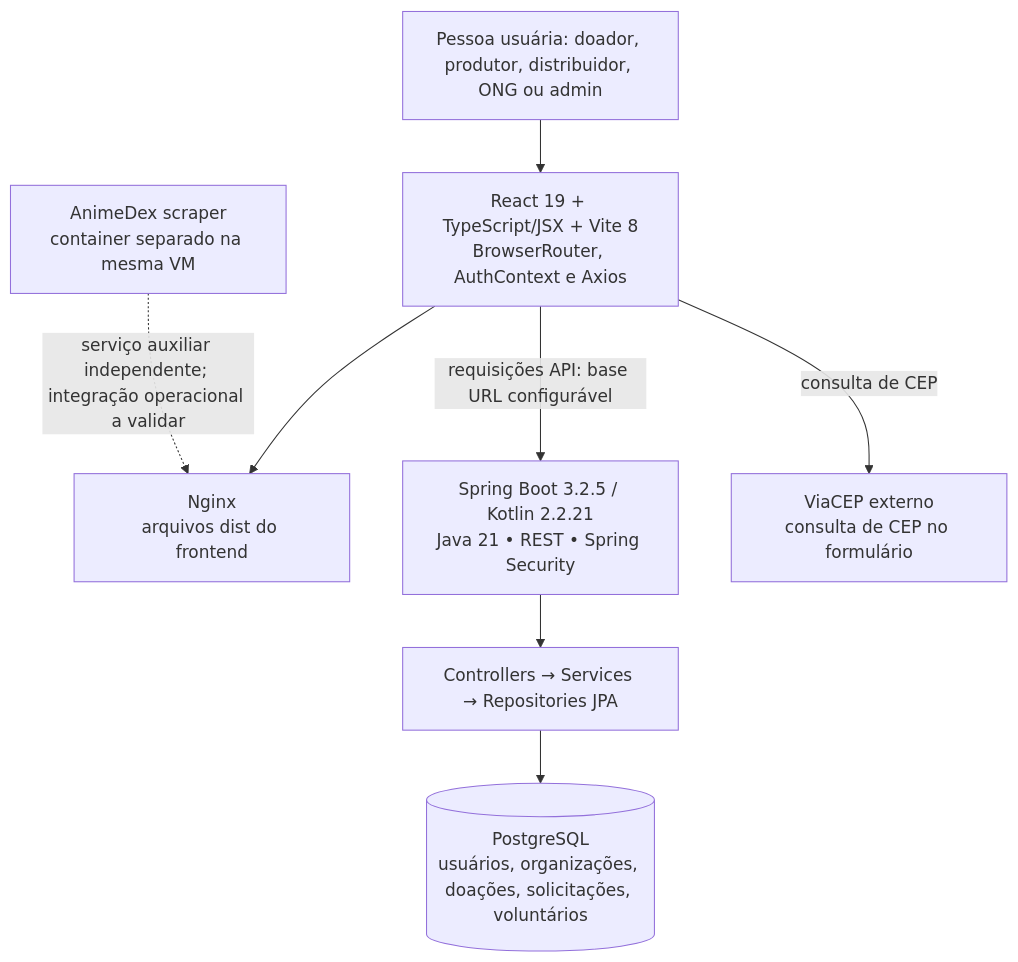
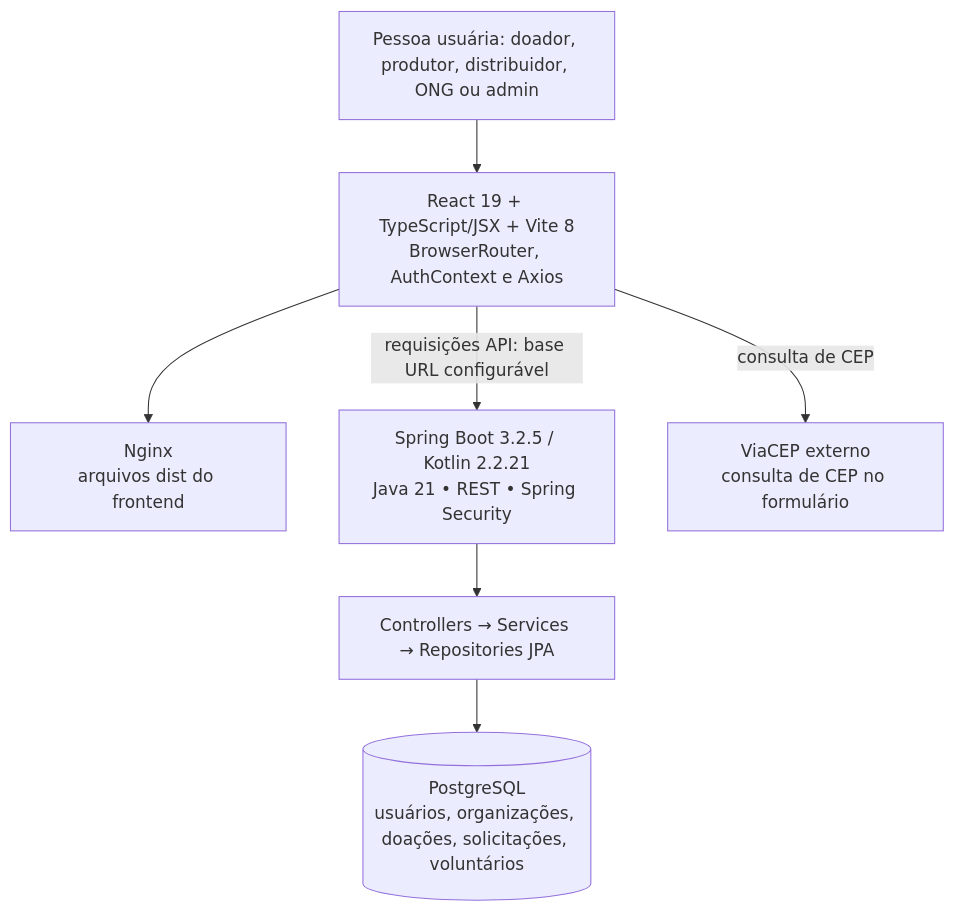
One commit to DanieldeAlmeida2024/FoodBridge-API-Kotlin changed the first of 6 diagrams in docs/ARQUITETURA_ATUAL.md. Above: the diagram before and after it, drawn with Mermaid. The commit also changed other lines of this file, not shown here.

````diff
--- a/docs/ARQUITETURA_ATUAL.md
+++ b/docs/ARQUITETURA_ATUAL.md
@@ -7,18 +11,16 @@
 ```mermaid
 flowchart TB
     U["Pessoa usuária: doador, produtor, distribuidor, ONG ou admin"]
     W["React 19 + TypeScript/JSX + Vite 8\nBrowserRouter, AuthContext e Axios"]
     N["Nginx\narquivos dist do frontend"]
     A["Spring Boot 3.2.5 / Kotlin 2.2.21\nJava 21 • REST • Spring Security"]
     S["Controllers → Services → Repositories JPA"]
     P[("PostgreSQL\nusuários, organizações, doações, solicitações, voluntários")]
     V["ViaCEP externo\nconsulta de CEP no formulário"]
-    X["AnimeDex scraper\ncontainer separado na mesma VM"]
     U --> W
     W --> N
     W -->|"requisições API: base URL configurável"| A
     A --> S
     S --> P
     W -->|"consulta de CEP"| V
-    X -.->|"serviço auxiliar independente; integração operacional a validar"| N
 ```
````
